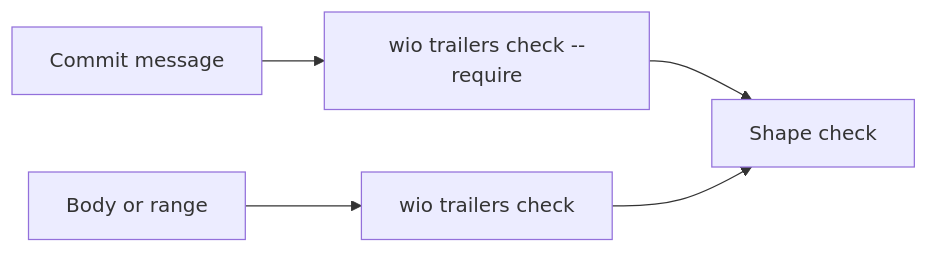
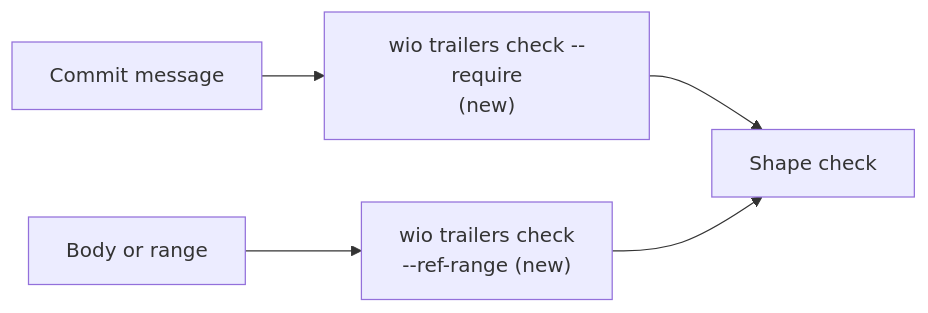
One commit to msitarz/wio changed the second of 2 diagrams in .agents/wio/works/wio-trailers/wio-trailers-check/README.md. Above: the diagram before and after it, drawn with Mermaid. The commit also changed other lines of this file, not shown here.

First line of the commit message:
docs(trailers): make the check parent's criteria cross-mode

````diff
--- a/.agents/wio/works/wio-trailers/wio-trailers-check/README.md
+++ b/.agents/wio/works/wio-trailers/wio-trailers-check/README.md
@@ -59,7 +62,7 @@
 ```mermaid
 flowchart LR
-  M[Commit message] --> C["wio trailers check --require"]
-  B[Body or range] --> A["wio trailers check"]
+  M[Commit message] --> C["wio trailers check --require\n(new)"]
+  B[Body or range] --> A["wio trailers check\n--ref-range (new)"]
   C --> S[Shape check]
   A --> S
 ```
````
